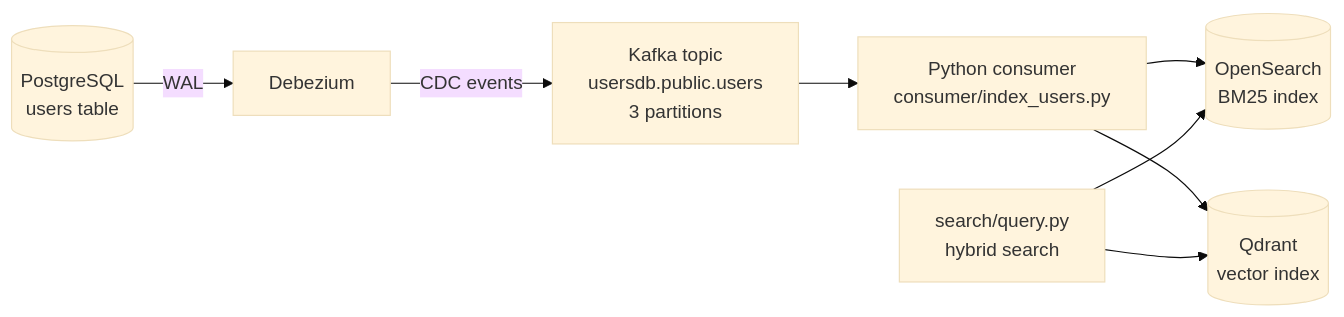
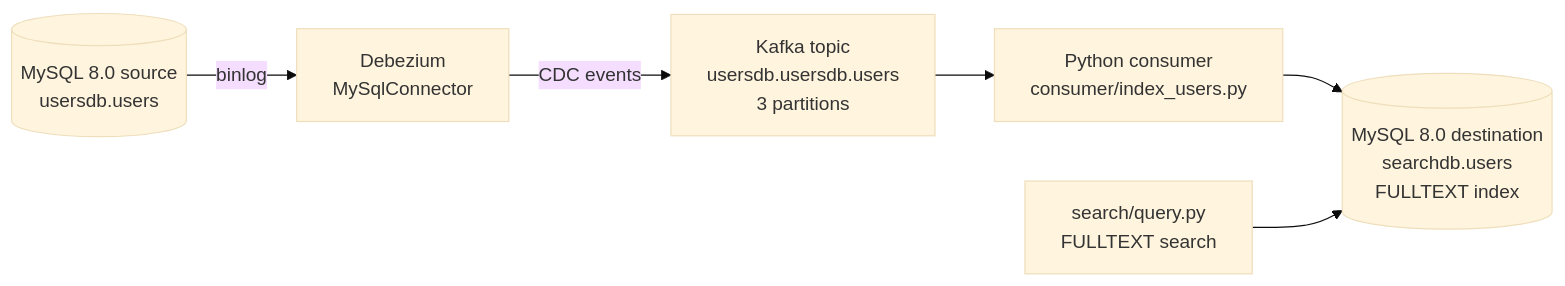
One commit to goryszewskig/real-time-retrieval-mysql changed the diagram in docs/architecture.md. Above: the diagram before and after it, drawn with Mermaid (base theme). The commit also changed other lines of this file and 14 other files, not shown here.

First line of the commit message:
Migrate pipeline to MySQL 8.0 source and destination

````diff
--- a/docs/architecture.md
+++ b/docs/architecture.md
@@ -17,11 +17,9 @@
 ```mermaid
 flowchart LR
-    PG[(PostgreSQL<br/>users table)] -->|WAL| DBZ[Debezium]
-    DBZ -->|CDC events| KAFKA[Kafka topic<br/>usersdb.public.users<br/>3 partitions]
+    SRC[(MySQL 8.0 source<br/>usersdb.users)] -->|binlog| DBZ[Debezium<br/>MySqlConnector]
+    DBZ -->|CDC events| KAFKA[Kafka topic<br/>usersdb.usersdb.users<br/>3 partitions]
     KAFKA --> CONSUMER[Python consumer<br/>consumer/index_users.py]
-    CONSUMER --> OS[(OpenSearch<br/>BM25 index)]
-    CONSUMER --> QD[(Qdrant<br/>vector index)]
+    CONSUMER --> DEST[(MySQL 8.0 destination<br/>searchdb.users<br/>FULLTEXT index)]
 
-    QUERY[search/query.py<br/>hybrid search] --> OS
-    QUERY --> QD
+    QUERY[search/query.py<br/>FULLTEXT search] --> DEST
 ```
````
